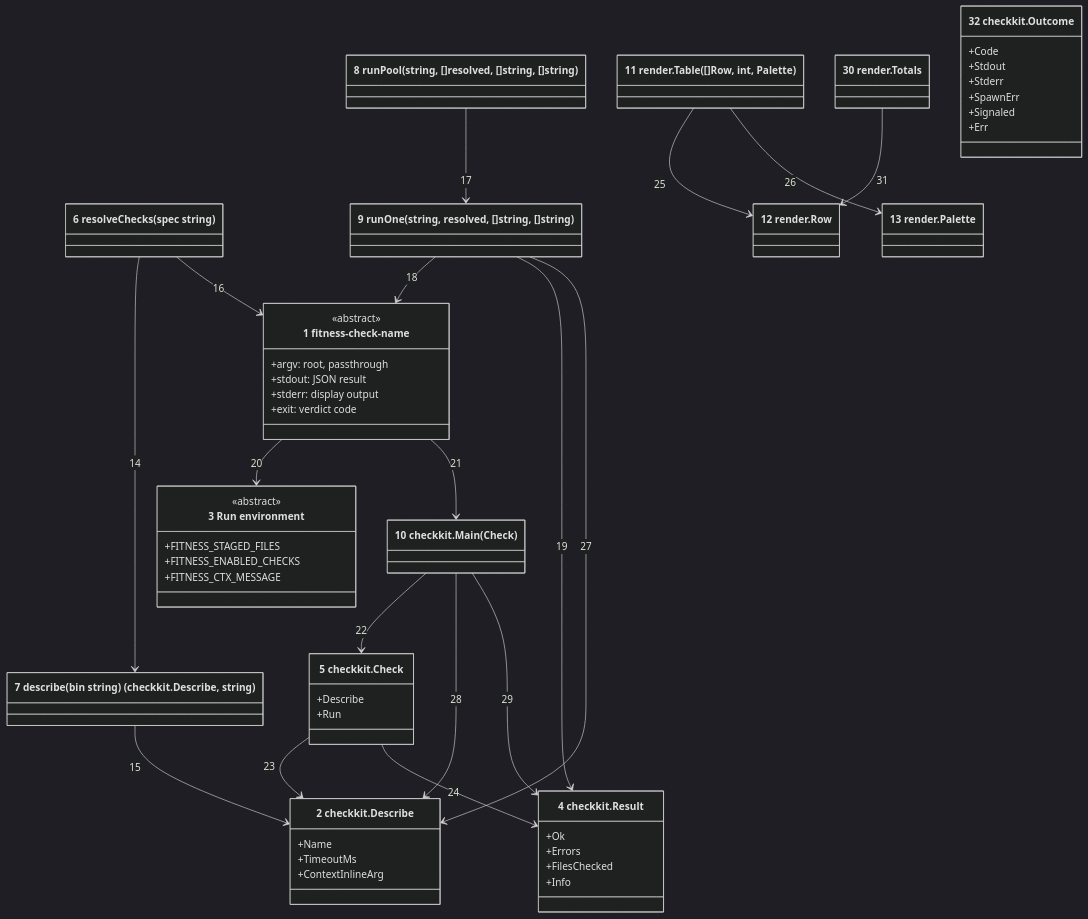
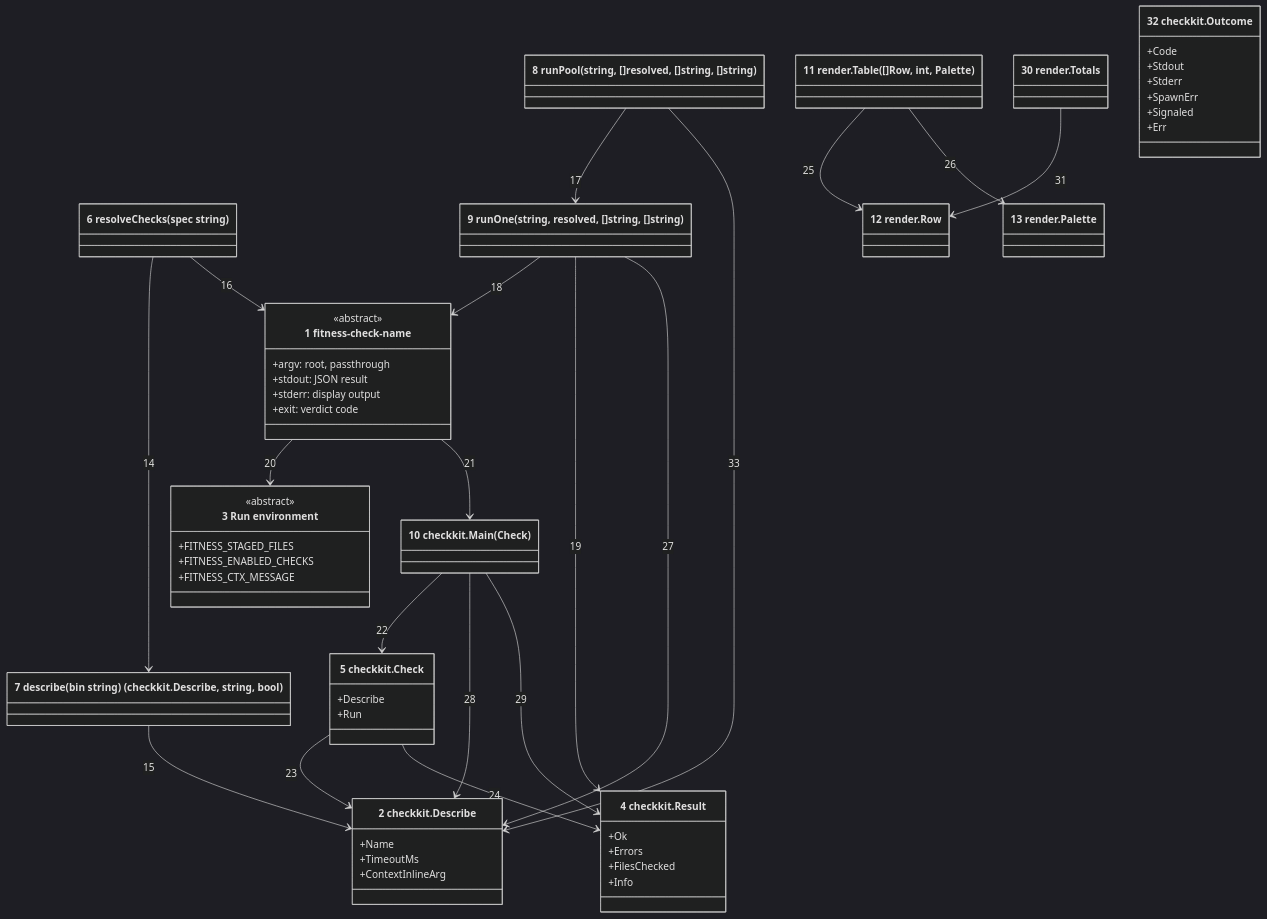
The first of 2 diagrams in docs/architecture/04-code.md (may-journal/fitness-runner), drawn with Mermaid (dark theme) before and after one commit. The commit also changed other lines of this file and 8 other files, not shown here.

````diff
--- a/docs/architecture/04-code.md
+++ b/docs/architecture/04-code.md
@@ -8,66 +8,67 @@
 ```mermaid
 classDiagram
     class CheckBinary["1 fitness-check-name"] {
         <<abstract>>
         +argv: root, passthrough
         +stdout: JSON result
         +stderr: display output
         +exit: verdict code
     }
     class Describe["2 checkkit.Describe"] {
         +Name
         +TimeoutMs
         +ContextInlineArg
     }
     class RunEnv["3 Run environment"] {
         <<abstract>>
         +FITNESS_STAGED_FILES
         +FITNESS_ENABLED_CHECKS
         +FITNESS_CTX_MESSAGE
     }
     class Result["4 checkkit.Result"] {
         +Ok
         +Errors
         +FilesChecked
         +Info
     }
     class Check["5 checkkit.Check"] {
         +Describe
         +Run
     }
     class resolveChecks["6 resolveChecks(spec string)"]
-    class describe["7 describe(bin string) (checkkit.Describe, string)"]
+    class describe["7 describe(bin string) (checkkit.Describe, string, bool)"]
     class runPool["8 runPool(string, []resolved, []string, []string)"]
     class runOne["9 runOne(string, resolved, []string, []string)"]
     class checkkitMain["10 checkkit.Main(Check)"]
     class renderTable["11 render.Table([]Row, int, Palette)"]
     class Row["12 render.Row"]
     class Palette["13 render.Palette"]
     class Totals["30 render.Totals"]
     class Outcome["32 checkkit.Outcome"] {
         +Code
         +Stdout
         +Stderr
         +SpawnErr
         +Signaled
         +Err
     }
 
     resolveChecks --> describe : 14
     describe --> Describe : 15
     resolveChecks --> CheckBinary : 16
     runPool --> runOne : 17
     runOne --> CheckBinary : 18
     runOne --> Result : 19
     CheckBinary --> RunEnv : 20
     CheckBinary --> checkkitMain : 21
     checkkitMain --> Check : 22
     Check --> Describe : 23
     Check --> Result : 24
     renderTable --> Row : 25
     renderTable --> Palette : 26
     runOne --> Describe : 27
     checkkitMain --> Describe : 28
     checkkitMain --> Result : 29
     Totals --> Row : 31
+    runPool --> Describe : 33
 ```
````
